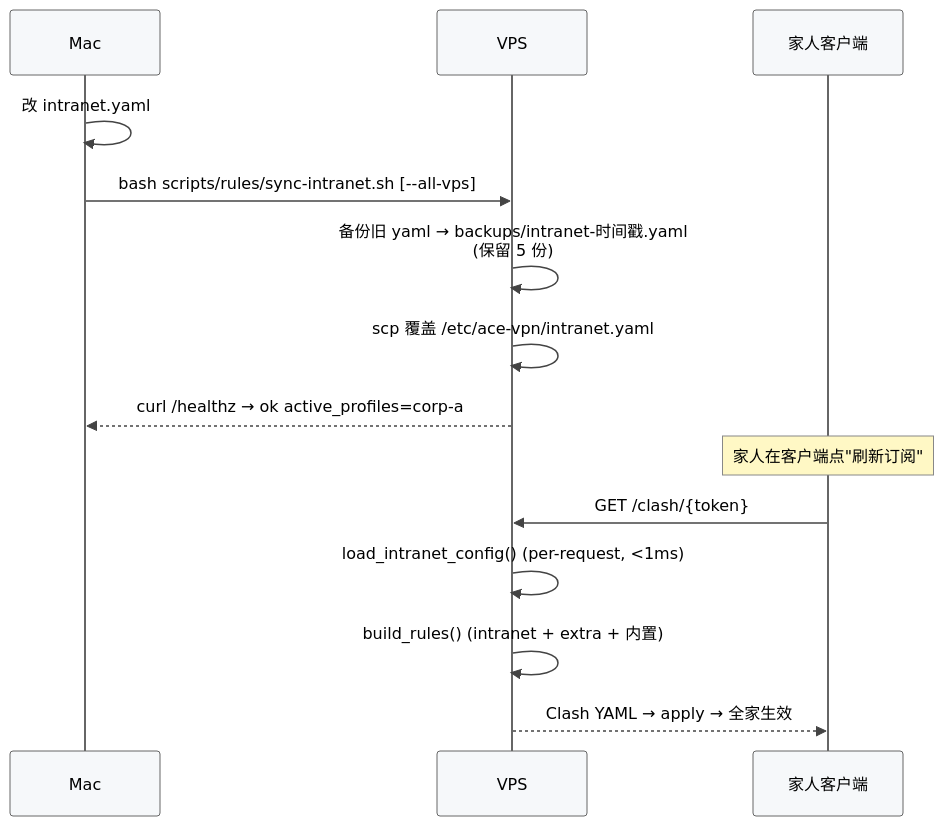
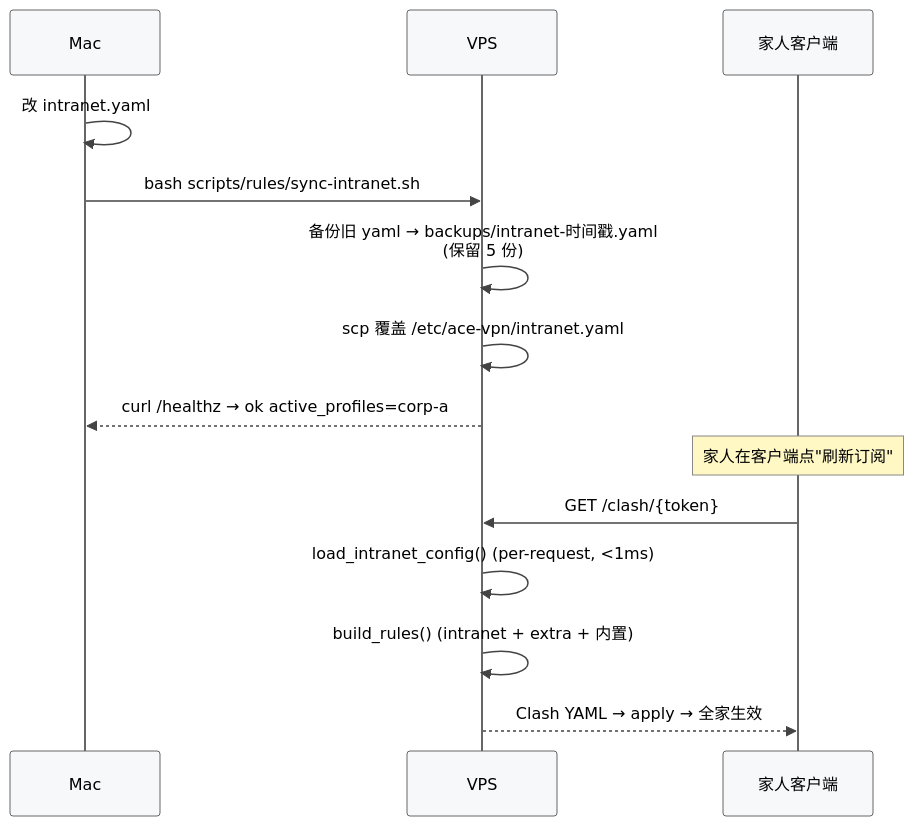
The second of 6 diagrams in docs/ACE架构设计.md (xiaonancs/ace-vpn), drawn with Mermaid before and after one commit. The commit also changed other lines of this file and 8 other files, not shown here.

First line of the commit message:
feat: default VPS sync to VPS_IP_LIST

````diff
--- a/docs/ACE架构设计.md
+++ b/docs/ACE架构设计.md
@@ -118,17 +118,17 @@
 ```mermaid
 %%{init: {"theme": "base", "themeCSS": "svg { background: #ffffff !important; } .label, .messageText, .loopText, .noteText, text { color: #000000 !important; fill: #000000 !important; }", "themeVariables": {"background": "#ffffff", "mainBkg": "#ffffff", "primaryColor": "#ffffff", "primaryTextColor": "#000000", "primaryBorderColor": "#333333", "lineColor": "#444444", "actorBkg": "#f6f8fa", "actorBorder": "#666666", "actorTextColor": "#000000", "activationBkgColor": "#ffffff", "activationBorderColor": "#333333", "noteBkgColor": "#fff8c5", "noteBorderColor": "#888888", "noteTextColor": "#000000", "signalColor": "#444444", "signalTextColor": "#000000"}}}%%
 sequenceDiagram
     participant Mac
     participant VPS
     participant Cli as 家人客户端
     Mac->>Mac: 改 intranet.yaml
-    Mac->>VPS: bash scripts/rules/sync-intranet.sh [--all-vps]
+    Mac->>VPS: bash scripts/rules/sync-intranet.sh 
     VPS->>VPS: 备份旧 yaml → backups/intranet-时间戳.yaml<br/>(保留 5 份)
     VPS->>VPS: scp 覆盖 /etc/ace-vpn/intranet.yaml
     VPS-->>Mac: curl /healthz → ok active_profiles=corp-a
     Note over Cli: 家人在客户端点"刷新订阅"
     Cli->>VPS: GET /clash/{token}
     VPS->>VPS: load_intranet_config() (per-request, <1ms)
     VPS->>VPS: build_rules() (intranet + extra + 内置)
     VPS-->>Cli: Clash YAML → apply → 全家生效
 ```
````
